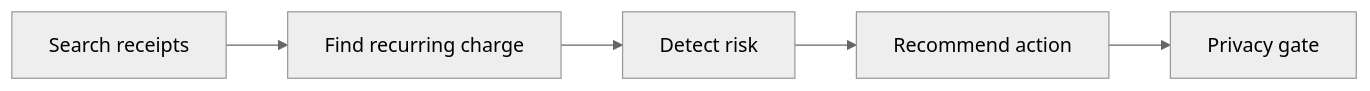
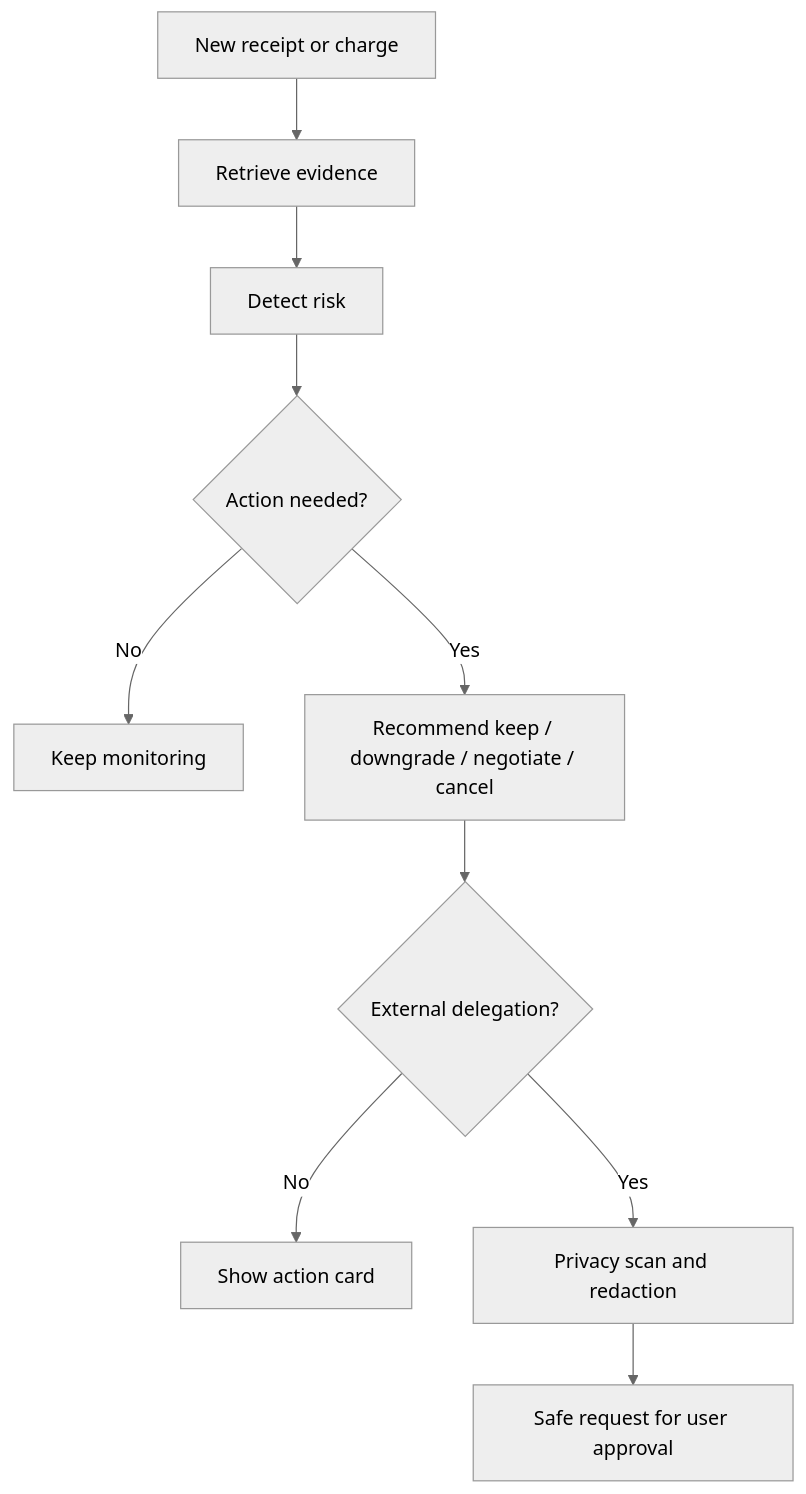
One commit to radhika-singh-10/ToolReliability changed the third of 3 diagrams in README.md. Above: the diagram before and after it, drawn with Mermaid (neutral theme). The commit also changed other lines of this file, not shown here.

Commit message:
docs: add hackathon diagrams steps and pitch

````diff
--- a/README.md
+++ b/README.md
@@ -142,7 +91,12 @@
 ```mermaid
-flowchart LR
-    A["Search receipts"] --> B["Find recurring charge"]
+flowchart TD
+    A["New receipt or charge"] --> B["Retrieve evidence"]
     B --> C["Detect risk"]
-    C --> D["Recommend action"]
-    D --> E["Privacy gate"]
+    C --> D{"Action needed?"}
+    D -->|No| E["Keep monitoring"]
+    D -->|Yes| F["Recommend keep / downgrade / negotiate / cancel"]
+    F --> G{"External delegation?"}
+    G -->|No| H["Show action card"]
+    G -->|Yes| I["Privacy scan and redaction"]
+    I --> J["Safe request for user approval"]
 ```
````
